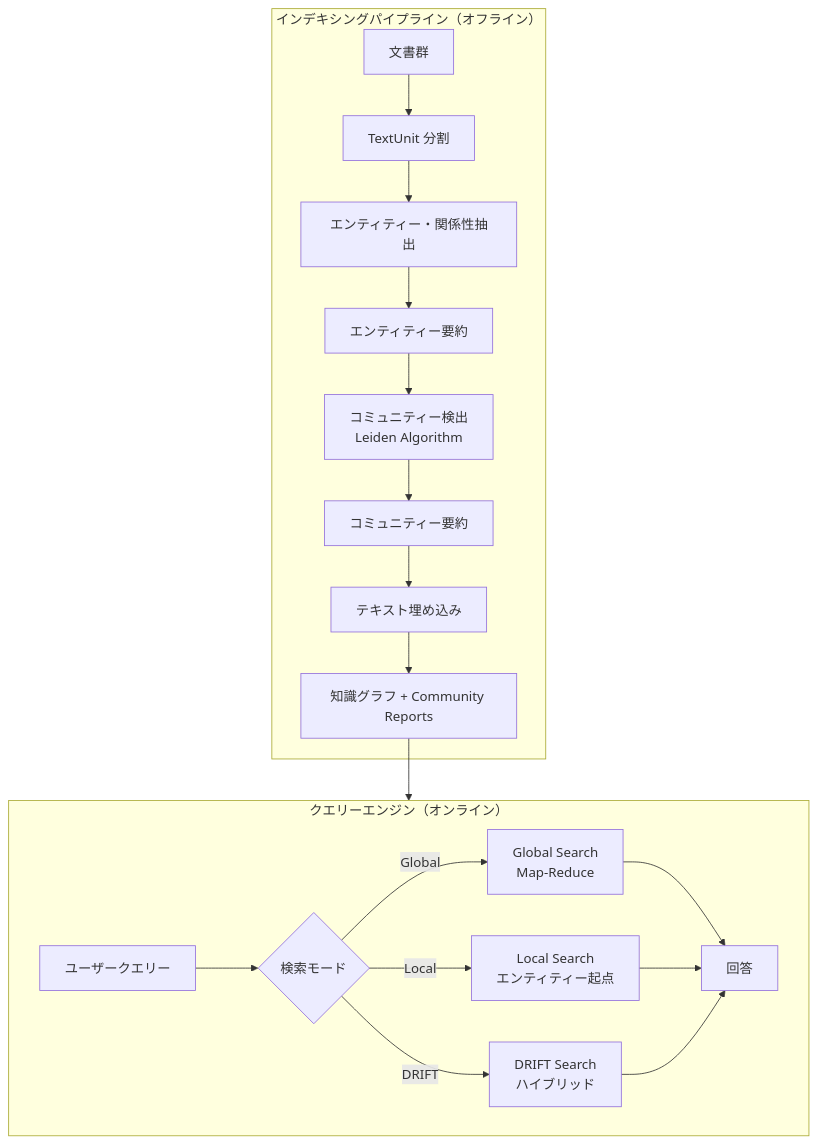
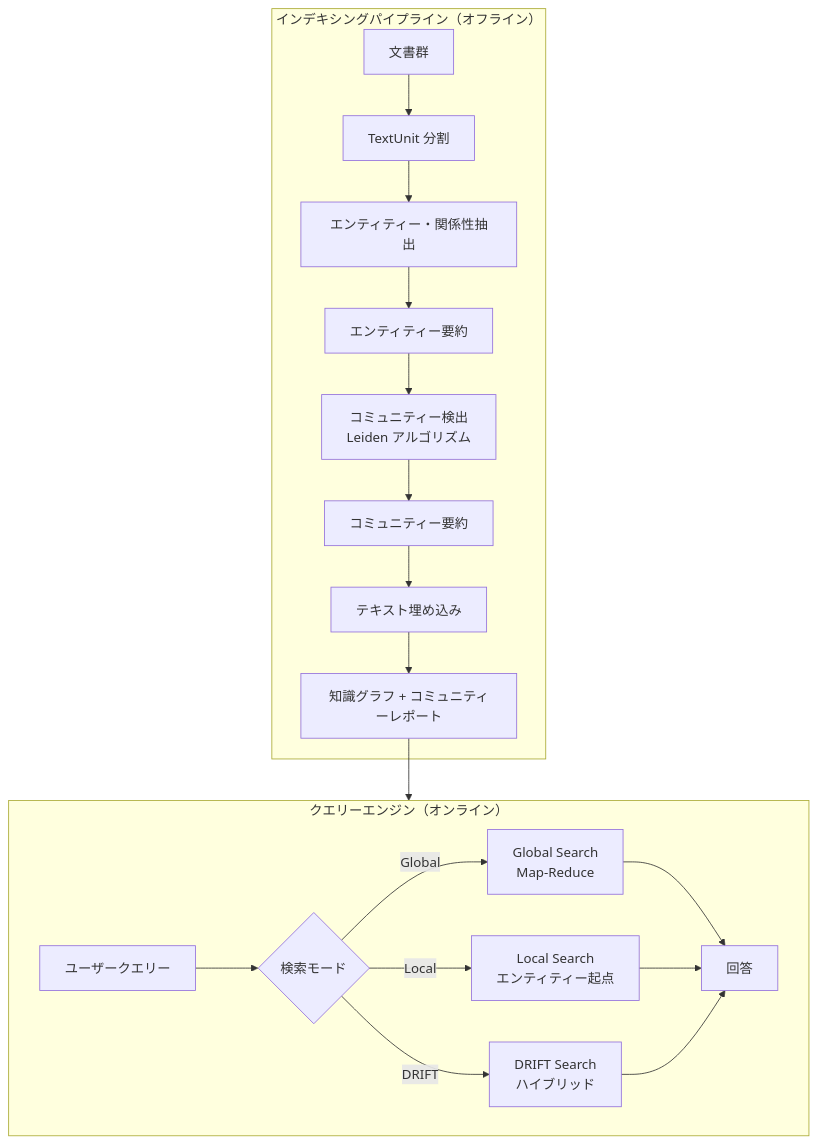
One commit to yoichiozaki/yoichiozaki.github.io changed the first of 5 diagrams in content/blog/ja/graphrag.mdx. Above: the diagram before and after it, drawn with Mermaid. The commit also changed other lines of this file and 220 other files, not shown here.

````diff
--- a/content/blog/ja/graphrag.mdx
+++ b/content/blog/ja/graphrag.mdx
@@ -71,22 +71,22 @@
 ```mermaid
 graph TB
     subgraph Indexing["インデキシングパイプライン（オフライン）"]
         D[文書群] --> TU[TextUnit 分割]
         TU --> EE[エンティティー・関係性抽出]
         EE --> ES[エンティティー要約]
-        ES --> CD[コミュニティー検出<br/>Leiden Algorithm]
+        ES --> CD[コミュニティー検出<br/>Leiden アルゴリズム]
         CD --> CS[コミュニティー要約]
         CS --> TE[テキスト埋め込み]
-        TE --> KG[知識グラフ + Community Reports]
+        TE --> KG[知識グラフ + コミュニティーレポート]
     end
     subgraph Query["クエリーエンジン（オンライン）"]
         Q[ユーザークエリー] --> QR{検索モード}
         QR -->|Global| GS[Global Search<br/>Map-Reduce]
         QR -->|Local| LS[Local Search<br/>エンティティー起点]
         QR -->|DRIFT| DS[DRIFT Search<br/>ハイブリッド]
         GS --> A[回答]
         LS --> A
         DS --> A
     end
     KG --> Query
 ```
````
